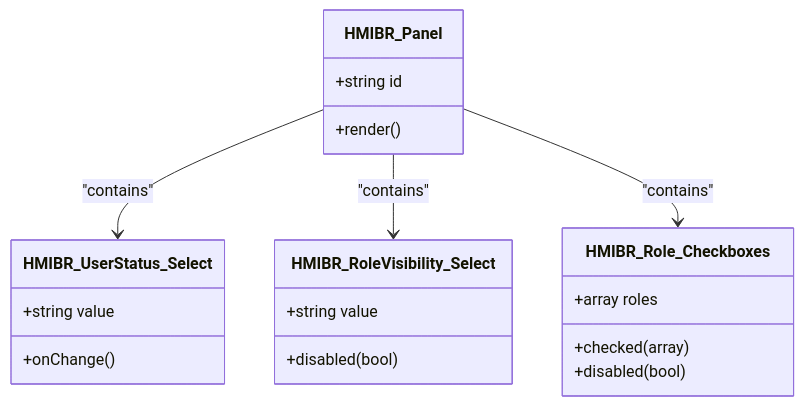
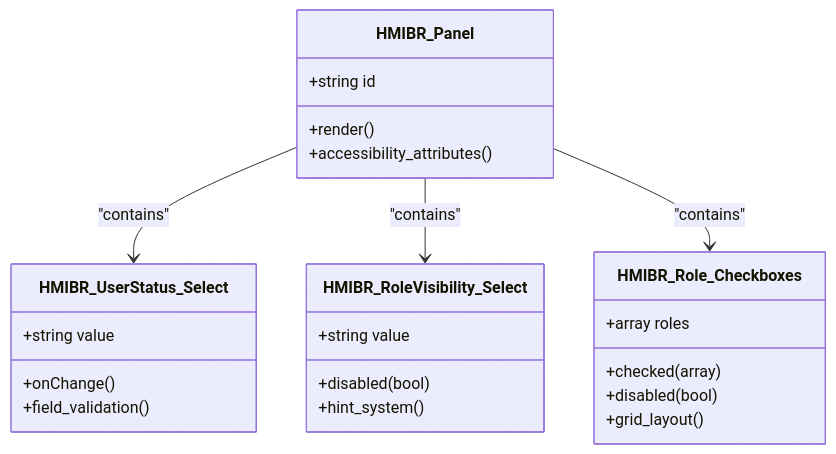
Before and after one commit to mahfuzurwp/hide-menu-items-by-role: the third of 6 diagrams in .qoder/repowiki/en/content/Features Guide/Admin Interface & User Experience.md, drawn with Mermaid. The commit also changed other lines of this file and 8 other files, not shown here.

````diff
--- a/.qoder/repowiki/en/content/Features Guide/Admin Interface & User Experience.md
+++ b/.qoder/repowiki/en/content/Features Guide/Admin Interface & User Experience.md
@@ -134,23 +141,27 @@
 ```mermaid
 classDiagram
 class HMIBR_Panel {
 +string id
 +render()
++accessibility_attributes()
 }
 class HMIBR_UserStatus_Select {
 +string value
 +onChange()
++field_validation()
 }
 class HMIBR_RoleVisibility_Select {
 +string value
 +disabled(bool)
++hint_system()
 }
 class HMIBR_Role_Checkboxes {
 +array roles
 +checked(array)
 +disabled(bool)
++grid_layout()
 }
 HMIBR_Panel --> HMIBR_UserStatus_Select : "contains"
 HMIBR_Panel --> HMIBR_RoleVisibility_Select : "contains"
 HMIBR_Panel --> HMIBR_Role_Checkboxes : "contains"
 ```
````
